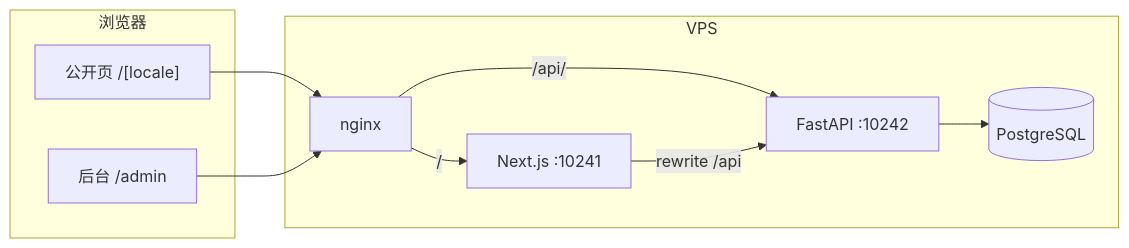
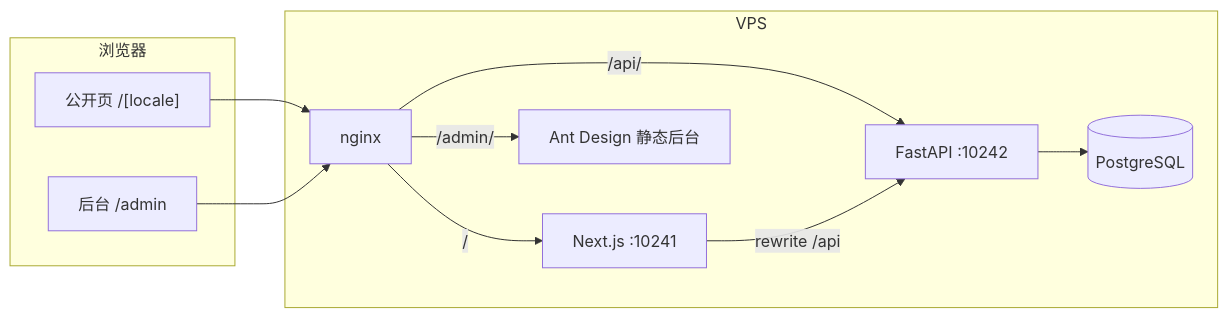
One commit to xiongxianzhu/xblog changed the diagram in README.md. Above: the diagram before and after it, drawn with Mermaid. The commit also changed other lines of this file and 600 other files, not shown here.

````diff
--- a/README.md
+++ b/README.md
@@ -80,21 +80,23 @@
 ```mermaid
 flowchart LR
   subgraph Browser["浏览器"]
     P["公开页 /[locale]"]
     A["后台 /admin"]
   end
 
   subgraph VPS["VPS"]
     N["nginx"]
     W["Next.js :10241"]
     B["FastAPI :10242"]
+    S["Ant Design 静态后台"]
     DB[(PostgreSQL)]
   end
 
   P --> N
   A --> N
   N -->|"/"| W
   N -->|"/api/"| B
+  N -->|"/admin/"| S
   W -->|rewrite /api| B
   B --> DB
 ```
````
